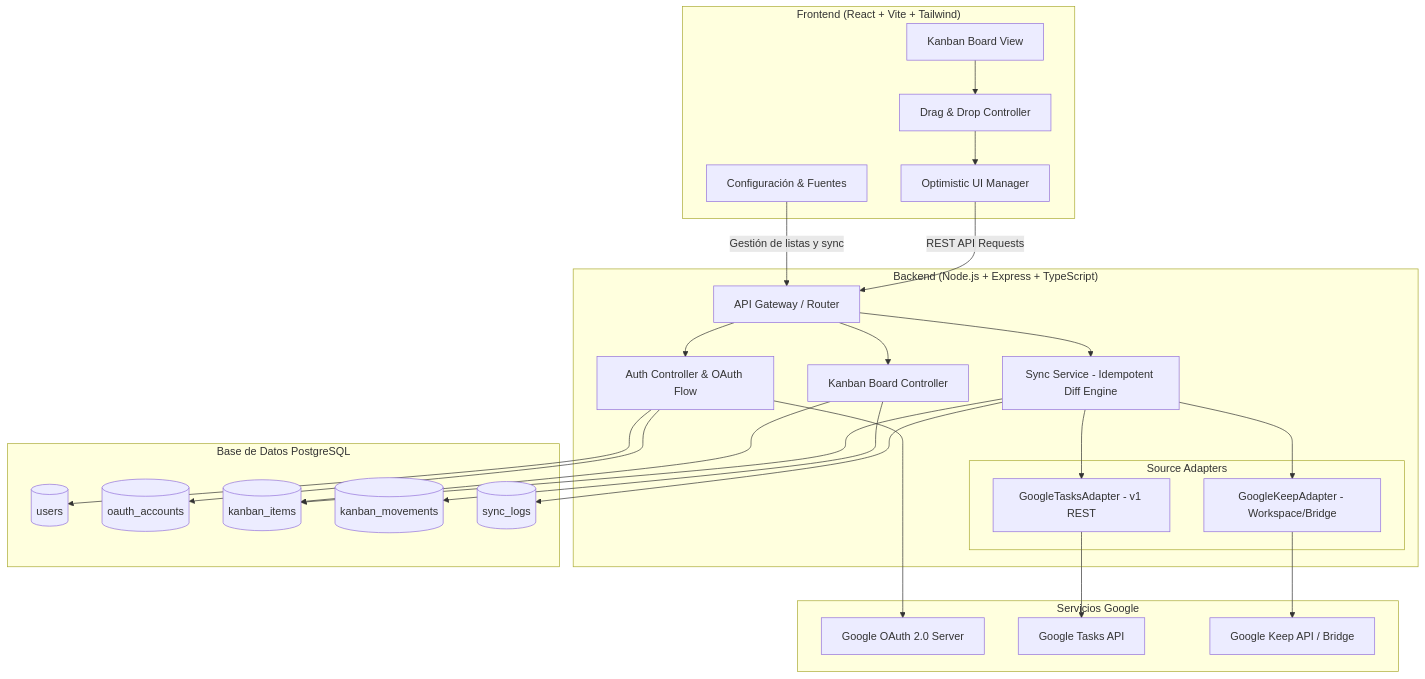
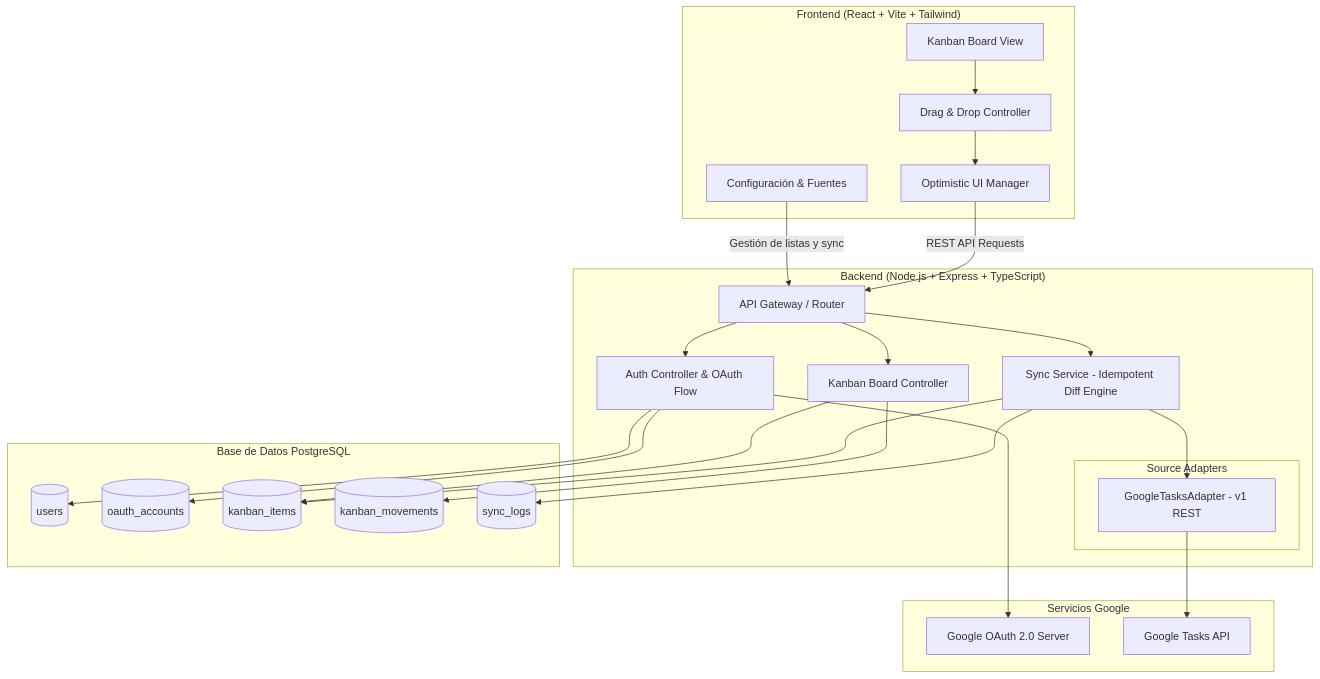
The first of 2 diagrams in ARCHITECTURE.md (a-martyniuk/google-tasks-kanban), drawn with Mermaid before and after one commit. The commit also changed other lines of this file and 18 other files, not shown here.

Commit message:
chore: remove Google Keep integration completely in favor of pure Google Tasks Zero-DB

````diff
--- a/ARCHITECTURE.md
+++ b/ARCHITECTURE.md
@@ -57,58 +50,54 @@
 ```mermaid
 flowchart TD
     subgraph Frontend ["Frontend (React + Vite + Tailwind)"]
         UI[Kanban Board View]
         DND[Drag & Drop Controller]
         OptState[Optimistic UI Manager]
         SettingsUI[Configuración & Fuentes]
     end
 
     subgraph Backend ["Backend (Node.js + Express + TypeScript)"]
         Router[API Gateway / Router]
         AuthCtrl[Auth Controller & OAuth Flow]
         KanbanCtrl[Kanban Board Controller]
         SyncEngine[Sync Service - Idempotent Diff Engine]
         
         subgraph Adapters ["Source Adapters"]
             TaskAdapter[GoogleTasksAdapter - v1 REST]
-            KeepAdapter[GoogleKeepAdapter - Workspace/Bridge]
         end
     end
 
     subgraph External ["Servicios Google"]
         GAuth[Google OAuth 2.0 Server]
         GTasksAPI[Google Tasks API]
-        GKeepAPI[Google Keep API / Bridge]
     end
 
     subgraph Storage ["Base de Datos PostgreSQL"]
         DB_Users[(users)]
         DB_OAuth[(oauth_accounts)]
         DB_Items[(kanban_items)]
         DB_Movements[(kanban_movements)]
         DB_Sync[(sync_logs)]
     end
 
     UI --> DND
     DND --> OptState
     OptState -->|REST API Requests| Router
     SettingsUI -->|Gestión de listas y sync| Router
 
     Router --> AuthCtrl
     Router --> KanbanCtrl
     Router --> SyncEngine
 
     AuthCtrl --> GAuth
     AuthCtrl --> DB_Users
     AuthCtrl --> DB_OAuth
 
     SyncEngine --> TaskAdapter
-    SyncEngine --> KeepAdapter
     TaskAdapter --> GTasksAPI
-    KeepAdapter --> GKeepAPI
 
     SyncEngine --> DB_Items
     SyncEngine --> DB_Sync
     KanbanCtrl --> DB_Items
     KanbanCtrl --> DB_Movements
 ```
````
